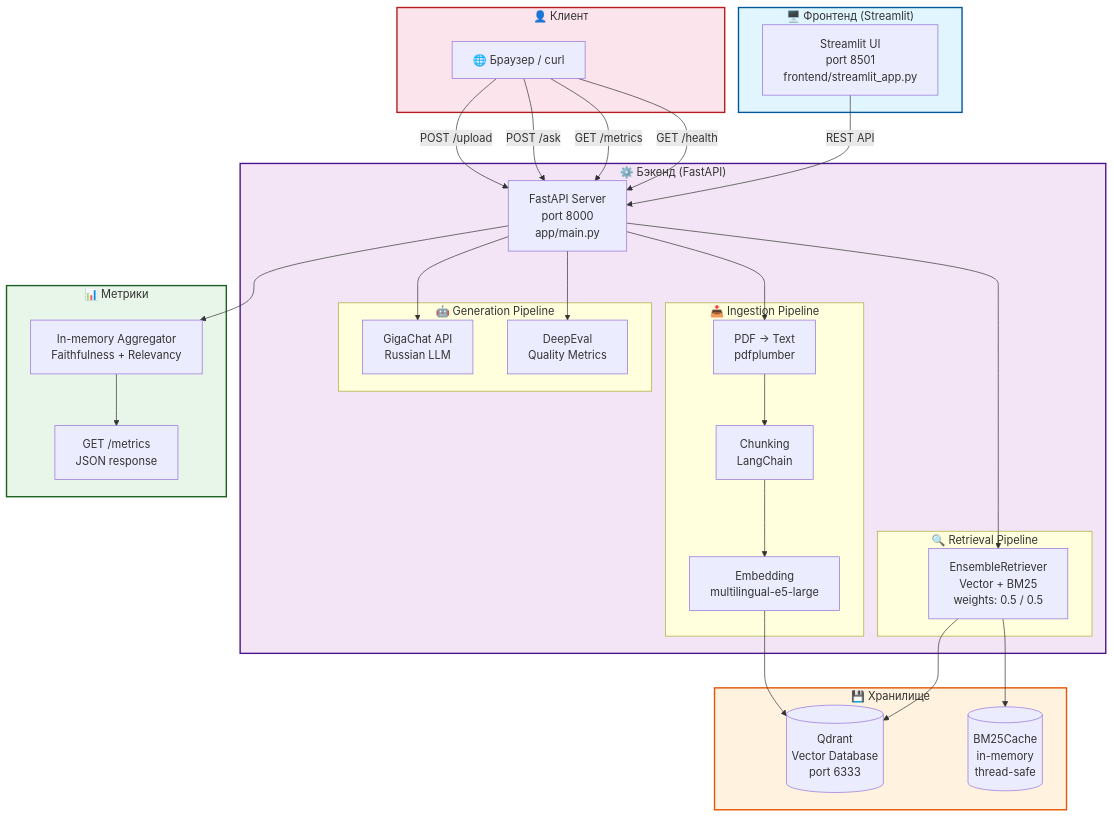
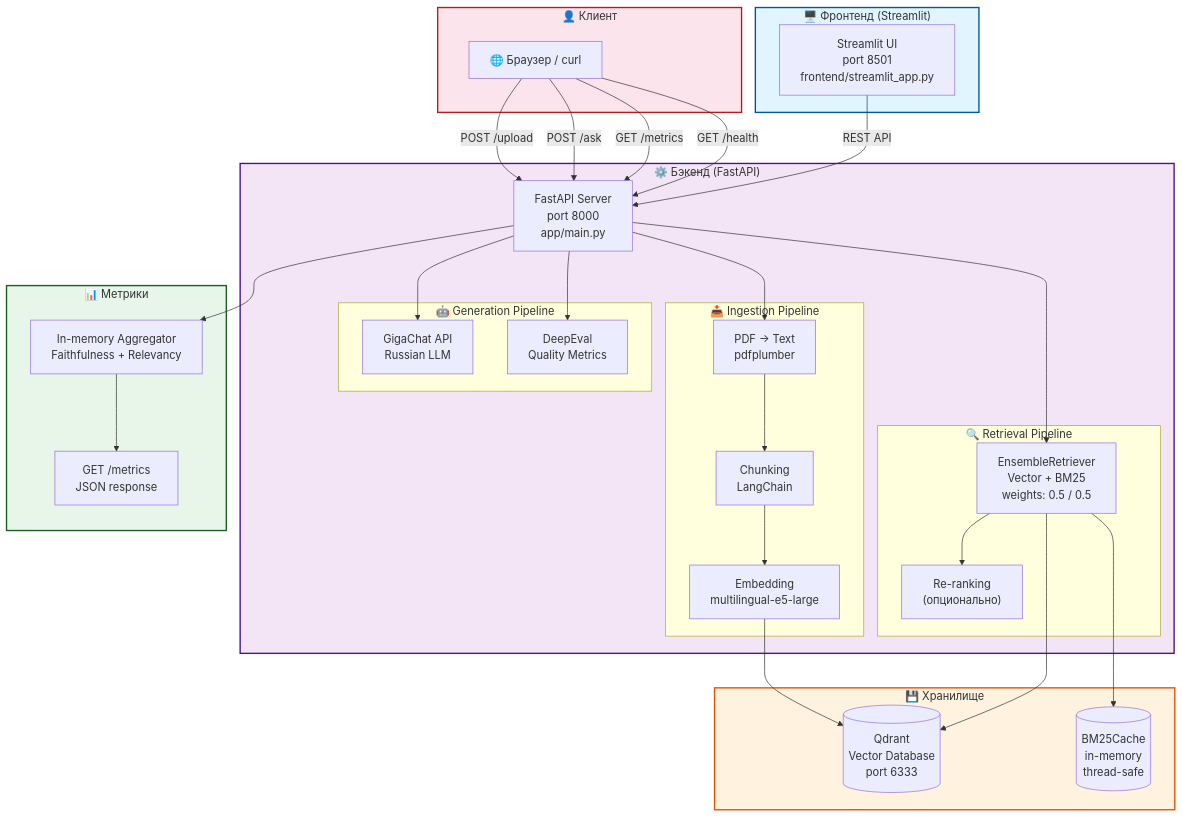
One commit to appdataguru-hub/contract-analyzer-ai changed the diagram in README.md. Above: the diagram before and after it, drawn with Mermaid. The commit also changed other lines of this file, not shown here.

Commit message:
docs: полное обновление README — бейджи, демо, архитектура Mermaid

````diff
--- a/README.md
+++ b/README.md
@@ -40,80 +52,69 @@
 ```mermaid
 flowchart TB
-    %% Стилизация
     classDef frontend fill:#e1f5fe,stroke:#01579b,stroke-width:2px
     classDef backend fill:#f3e5f5,stroke:#4a148c,stroke-width:2px
     classDef storage fill:#fff3e0,stroke:#e65100,stroke-width:2px
     classDef metrics fill:#e8f5e9,stroke:#1b5e20,stroke-width:2px
     classDef client fill:#fce4ec,stroke:#b71c1c,stroke-width:2px
-    classDef llm fill:#fff8e1,stroke:#f57f17,stroke-width:2px
 
-    %% Клиентский слой
     subgraph Client["👤 Клиент"]
         Browser["🌐 Браузер / curl"]
     end
     class Client client
 
-    %% Фронтенд
     subgraph Frontend["🖥️ Фронтенд (Streamlit)"]
         UI["Streamlit UI<br>port 8501<br>frontend/streamlit_app.py"]
     end
     class Frontend frontend
 
-    %% Бэкенд
     subgraph Backend["⚙️ Бэкенд (FastAPI)"]
         API["FastAPI Server<br>port 8000<br>app/main.py"]
 
         subgraph Ingestion["📥 Ingestion Pipeline"]
             PDF["PDF → Text<br>pdfplumber"]
             Chunk["Chunking<br>LangChain"]
             Embed["Embedding<br>multilingual-e5-large"]
         end
 
         subgraph Retrieval["🔍 Retrieval Pipeline"]
             Ensemble["EnsembleRetriever<br>Vector + BM25<br>weights: 0.5 / 0.5"]
+            Rerank["Re-ranking<br>(опционально)"]
         end
 
         subgraph Generation["🤖 Generation Pipeline"]
             LLM["GigaChat API<br>Russian LLM"]
             Eval["DeepEval<br>Quality Metrics"]
         end
     end
     class Backend backend
 
-    %% Хранилище
     subgraph Storage["💾 Хранилище"]
         Qdrant[("Qdrant<br>Vector Database<br>port 6333")]
         BM25[("BM25Cache<br>in-memory<br>thread-safe")]
     end
     class Storage storage
 
-    %% Метрики
     subgraph Metrics["📊 Метрики"]
         Aggregator["In-memory Aggregator<br>Faithfulness + Relevancy"]
         MetricsEndpoint["GET /metrics<br>JSON response"]
     end
     class Metrics metrics
 
-    %% Связи
     Browser -->|"POST /upload"| API
     Browser -->|"POST /ask"| API
     Browser -->|"GET /metrics"| API
     Browser -->|"GET /health"| API
-
     UI -->|"REST API"| API
-
     API --> PDF
     PDF --> Chunk
     Chunk --> Embed
     Embed --> Qdrant
-
     API --> Ensemble
     Ensemble --> Qdrant
     Ensemble --> BM25
-
+    Ensemble --> Rerank
     API --> LLM
     API --> Eval
-
     API --> Aggregator
     Aggregator --> MetricsEndpoint
 ```
````
